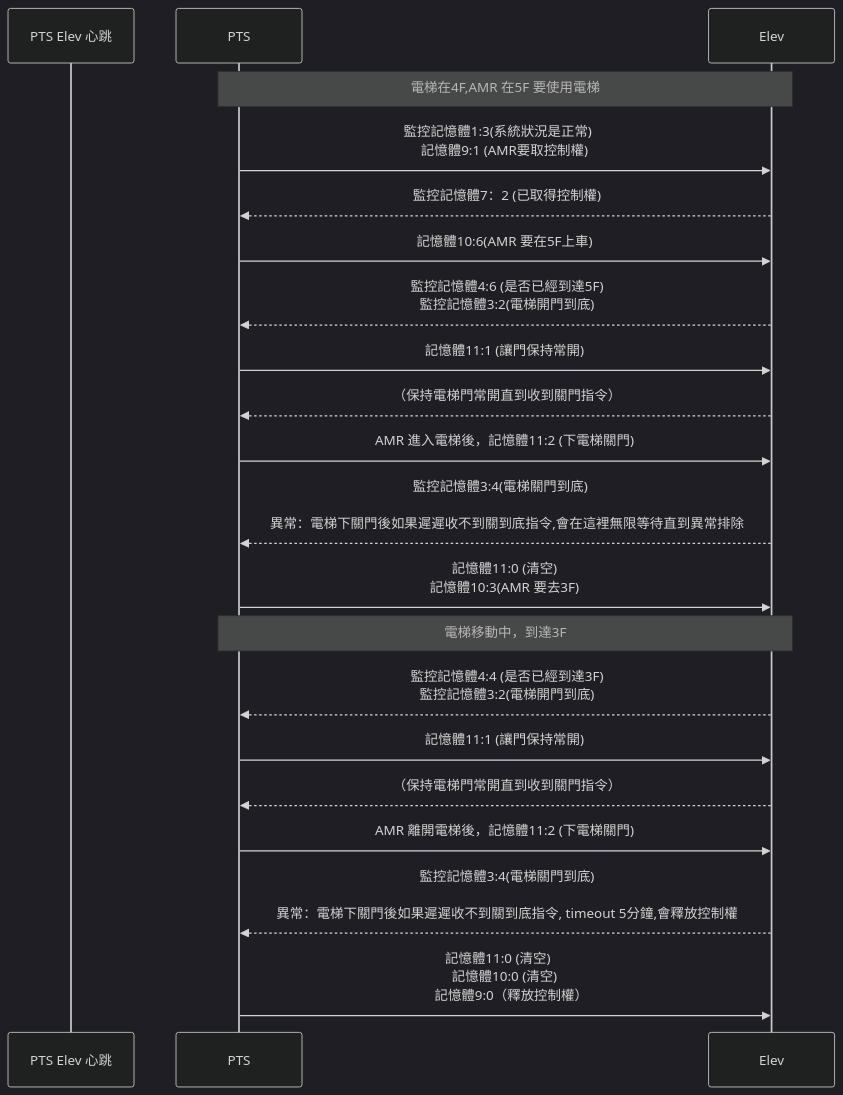
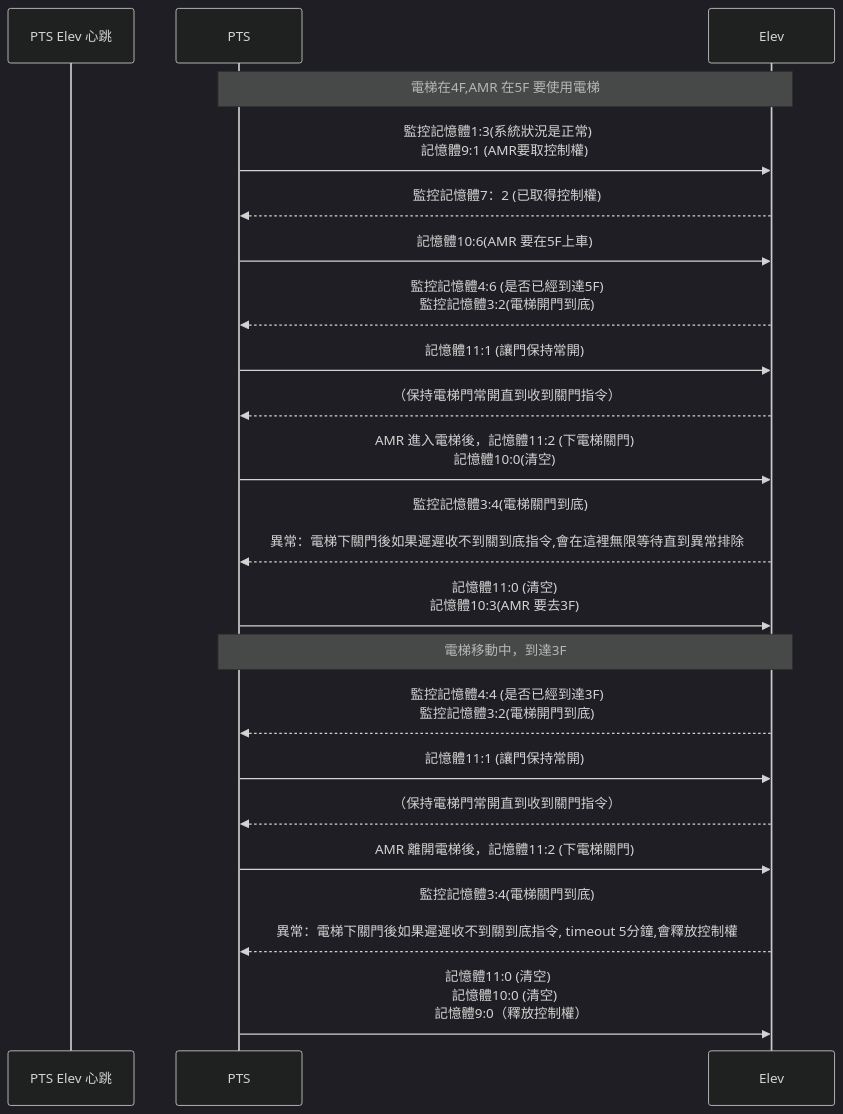
One commit to athena-tircgo/amr-elev-Zhunan changed the second of 2 diagrams in README.md. Above: the diagram before and after it, drawn with Mermaid (dark theme).

````diff
--- a/README.md
+++ b/README.md
@@ -23,26 +23,26 @@
 ```mermaid
 sequenceDiagram
 
     participant PTS Elev 心跳
     participant PTS
     participant Elev
 
  note over PTS,Elev: 電梯在4F,AMR 在5F 要使用電梯
         PTS->>Elev:監控記憶體1:3(系統狀況是正常)　<br>記憶體9:1 (AMR要取控制權)
         Elev-->>PTS:監控記憶體7：2 (已取得控制權)
         PTS->>Elev: 記憶體10:6(AMR 要在5F上車)
         Elev-->>PTS:監控記憶體4:6 (是否已經到達5F) <BR> 監控記憶體3:2(電梯開門到底)
         PTS->>Elev: 記憶體11:1 (讓門保持常開)
         Elev-->>PTS:（保持電梯門常開直到收到關門指令）　　
-        PTS->>Elev: AMR 進入電梯後，記憶體11:2 (下電梯關門)
+        PTS->>Elev: AMR 進入電梯後，記憶體11:2 (下電梯關門) <br> 記憶體10:0(清空)
         Elev-->>PTS: 監控記憶體3:4(電梯關門到底)　<br><br>異常：電梯下關門後如果遲遲收不到關到底指令,會在這裡無限等待直到異常排除
         PTS->>Elev: 記憶體11:0 (清空) <br> 記憶體10:3(AMR 要去3F)
  note over PTS,Elev: 電梯移動中，到達3F
 　　　　　Elev-->>PTS: 監控記憶體4:4 (是否已經到達3F) <BR> 監控記憶體3:2(電梯開門到底)
         PTS->>Elev: 記憶體11:1 (讓門保持常開)
         Elev-->>PTS:（保持電梯門常開直到收到關門指令）　　　
         PTS->>Elev: AMR 離開電梯後，記憶體11:2 (下電梯關門)
         Elev-->>PTS: 監控記憶體3:4(電梯關門到底) <br><br> 異常：電梯下關門後如果遲遲收不到關到底指令, timeout 5分鐘,會釋放控制權
         PTS->>Elev: 記憶體11:0 (清空)　<br> 記憶體10:0 (清空) <br>　記憶體9:0（釋放控制權）
 　　　　　
 ```
````
